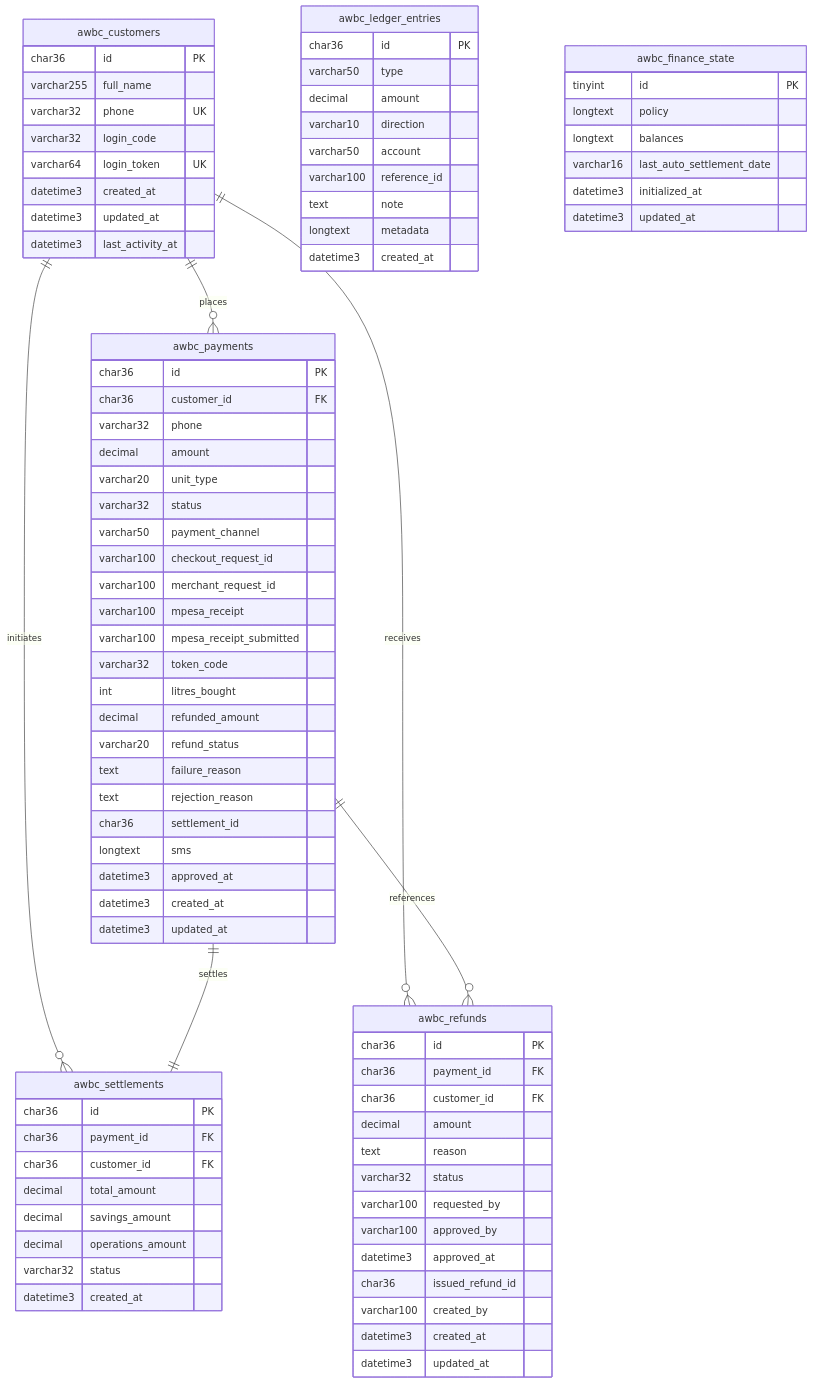
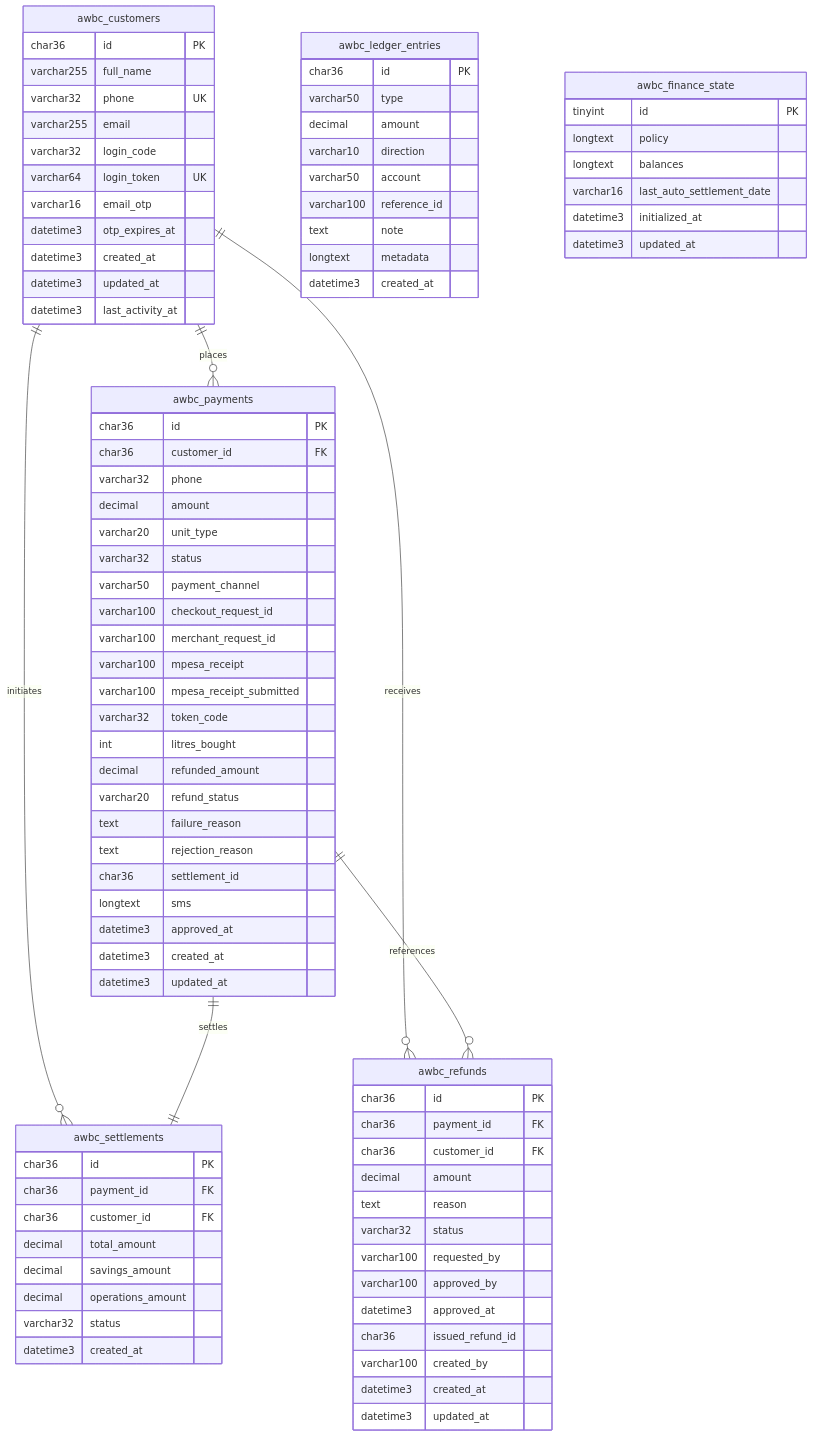
One commit to ReaganAshubwe/Aquiline-Water-Billing-System changed the sixth of 7 diagrams in docs/Aqualine_Project_Proposal.md. Above: the diagram before and after it, drawn with Mermaid. The commit also changed other lines of this file and 1 other file, not shown here.

```diff
--- a/docs/Aqualine_Project_Proposal.md
+++ b/docs/Aqualine_Project_Proposal.md
@@ -589,8 +599,11 @@
         char36 id PK
         varchar255 full_name
         varchar32 phone UK
+        varchar255 email
         varchar32 login_code
         varchar64 login_token UK
+        varchar16 email_otp
+        datetime3 otp_expires_at
         datetime3 created_at
         datetime3 updated_at
         datetime3 last_activity_at
```
